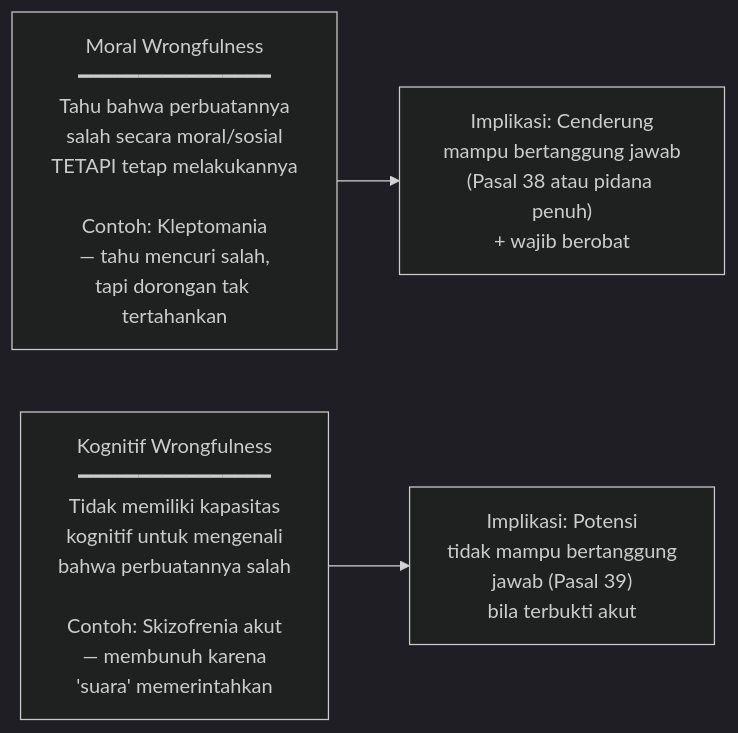
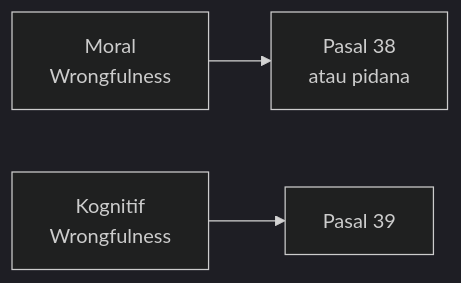
The fifth of 8 diagrams in content/Lectures/psikiatri-forensik.md (hifdzimaulana/beate-vivere), drawn with Mermaid (dark theme) before and after one commit. The commit also changed other lines of this file and 1 other file, not shown here.

Commit message:
Fix mermaid diagrams: replace \n with <br/> and remove emojis

````diff
--- a/content/Lectures/psikiatri-forensik.md
+++ b/content/Lectures/psikiatri-forensik.md
@@ -262,9 +262,7 @@
 ```mermaid
 graph LR
-    MW["Moral Wrongfulness\n━━━━━━━━━━━━━━━━\nTahu bahwa perbuatannya\nsalah secara moral/sosial\nTETAPI tetap melakukannya\n\nContoh: Kleptomania\n— tahu mencuri salah,\ntapi dorongan tak tertahankan"]
-
-    KW["Kognitif Wrongfulness\n━━━━━━━━━━━━━━━━\nTidak memiliki kapasitas\nkognitif untuk mengenali\nbahwa perbuatannya salah\n\nContoh: Skizofrenia akut\n— membunuh karena\n'suara' memerintahkan"]
-
-    MW --> IM1["Implikasi: Cenderung\nmampu bertanggung jawab\n(Pasal 38 atau pidana penuh)\n+ wajib berobat"]
-    KW --> IM2["Implikasi: Potensi\ntidak mampu bertanggung\njawab (Pasal 39)\nbila terbukti akut"]
+    MW["Moral<br/>Wrongfulness"]
+    KW["Kognitif<br/>Wrongfulness"]
+    MW --> IM1["Pasal 38<br/>atau pidana"]
+    KW --> IM2["Pasal 39"]
 ```
````
